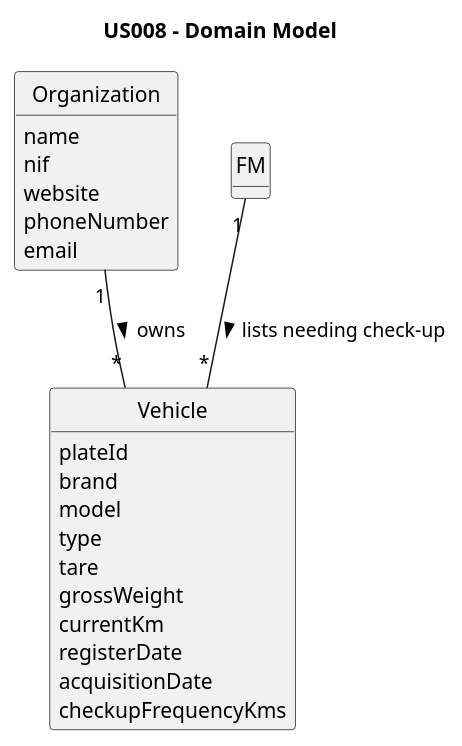
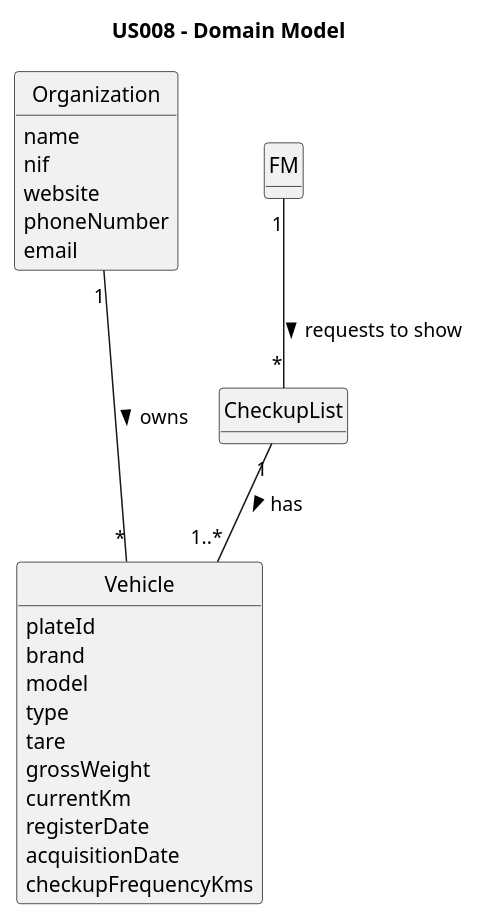
Before and after one commit to Rui-San/LAPR2_2023_2024: the diagram in docs/sprintA/us008/02.analysis/puml/us008-domain-model.puml, drawn with PlantUML. The commit also changed 3 other files, not shown here.

```diff
--- a/docs/sprintA/us008/02.analysis/puml/us008-domain-model.puml
+++ b/docs/sprintA/us008/02.analysis/puml/us008-domain-model.puml
@@ -1,45 +1,50 @@
 @startuml
 skinparam monochrome true
 skinparam packageStyle rectangle
 skinparam shadowing false
 'skinparam linetype ortho
 'left to right direction
 
 skinparam classAttributeIconSize 0
 
 hide circle
 hide methods
 
 title US008 - Domain Model
 
 class Organization {
     name
     nif
     website
     phoneNumber
     email
 }
 
 class Vehicle{
     plateId
     brand
     model
     type
     tare
     grossWeight
     currentKm
     registerDate
     acquisitionDate
     checkupFrequencyKms
 }
 
+class CheckupList{
+
+}
 
 
 
-FM "1" -- "*" Vehicle : "lists needing check-up >"
-Organization "1" -- "*" Vehicle : "owns >"
+
+FM "1" -- "*" CheckupList : " requests to show >"
+Organization "1" --- "*" Vehicle : "owns >"
+CheckupList "1" -- "1..*" Vehicle : "has >"
 
 
 
 
 @enduml
```
